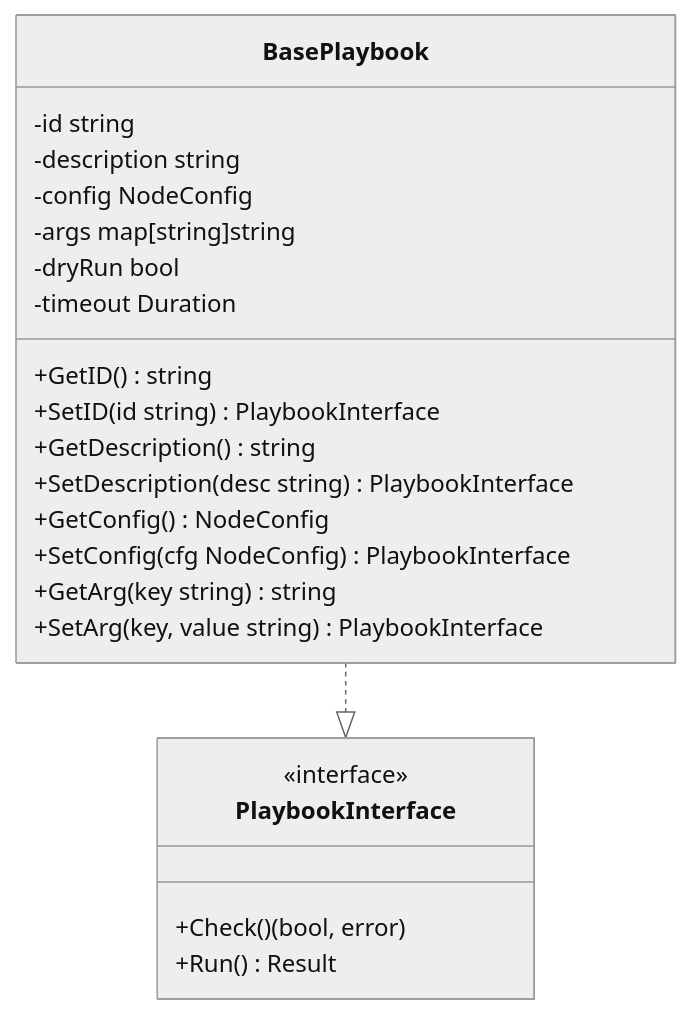
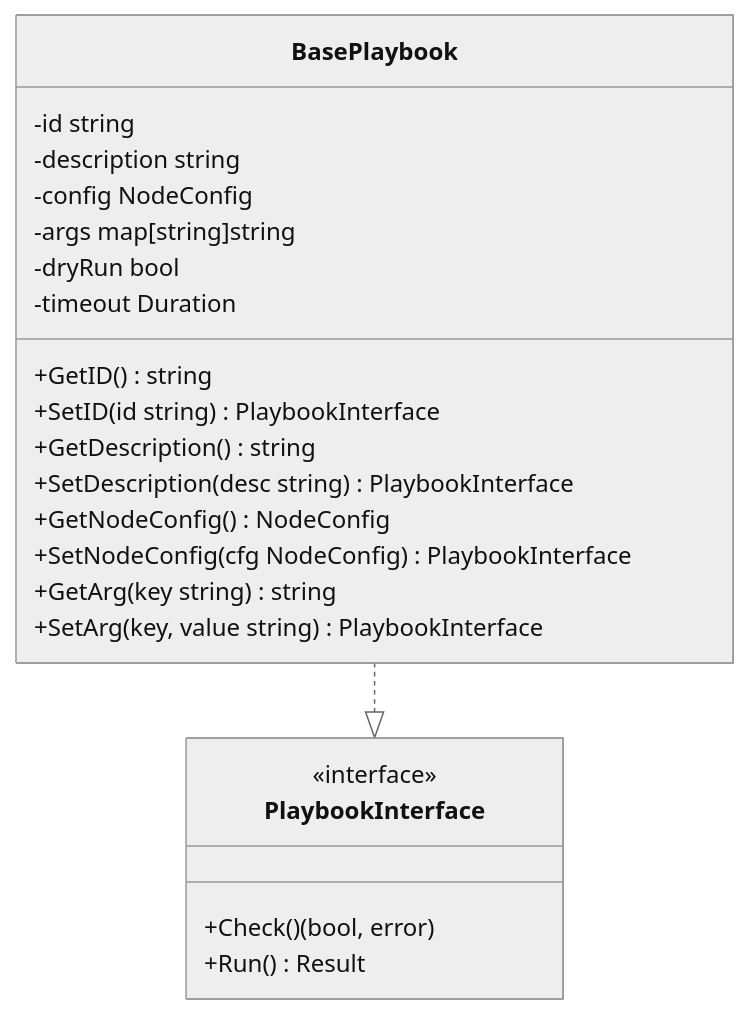
The third of 11 diagrams in docs/livewiki/architecture.md (dracory/ork), drawn with Mermaid (neutral theme) before and after one commit. The commit also changed other lines of this file and 94 other files, not shown here.

````diff
--- a/docs/livewiki/architecture.md
+++ b/docs/livewiki/architecture.md
@@ -176,27 +181,27 @@
 ```mermaid
 classDiagram
     class BasePlaybook {
         -id string
         -description string
         -config NodeConfig
         -args map[string]string
         -dryRun bool
         -timeout Duration
         +GetID() string
         +SetID(id string) PlaybookInterface
         +GetDescription() string
         +SetDescription(desc string) PlaybookInterface
-        +GetConfig() NodeConfig
-        +SetConfig(cfg NodeConfig) PlaybookInterface
+        +GetNodeConfig() NodeConfig
+        +SetNodeConfig(cfg NodeConfig) PlaybookInterface
         +GetArg(key string) string
         +SetArg(key, value string) PlaybookInterface
     }
     
     class PlaybookInterface {
         <<interface>>
         +Check() (bool, error)
         +Run() Result
     }
     
     BasePlaybook ..|> PlaybookInterface
 ```
````
